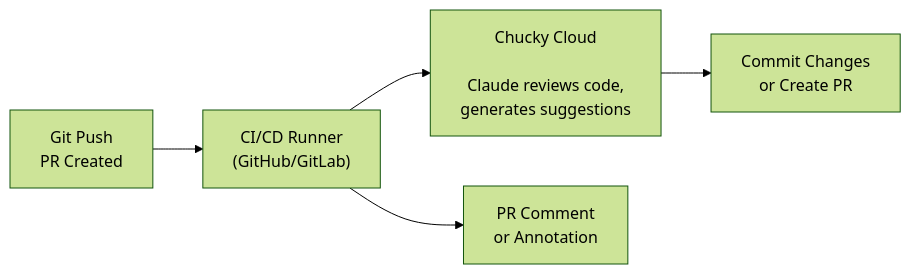
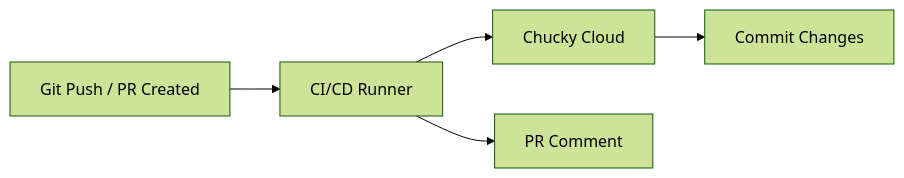
The diagram in use-cases/cicd.mdx (centyso-dev/docs), drawn with Mermaid (forest theme) before and after one commit. The commit also changed 6 other files, not shown here.

First line of the commit message:
fix: simplify Mermaid diagrams - remove unsupported \n

````diff
--- a/use-cases/cicd.mdx
+++ b/use-cases/cicd.mdx
@@ -18,12 +18,12 @@
 ```mermaid
 flowchart LR
-    trigger["Git Push\nPR Created"]
-    runner["CI/CD Runner\n(GitHub/GitLab)"]
-    cloud["Chucky Cloud\n\nClaude reviews code,\ngenerates suggestions"]
-    comment["PR Comment\nor Annotation"]
-    commit["Commit Changes\nor Create PR"]
+    trigger["Git Push / PR Created"]
+    runner["CI/CD Runner"]
+    cloud["Chucky Cloud"]
+    comment["PR Comment"]
+    commit["Commit Changes"]
 
     trigger --> runner --> cloud
     runner --> comment
     cloud --> commit
 ```
````
